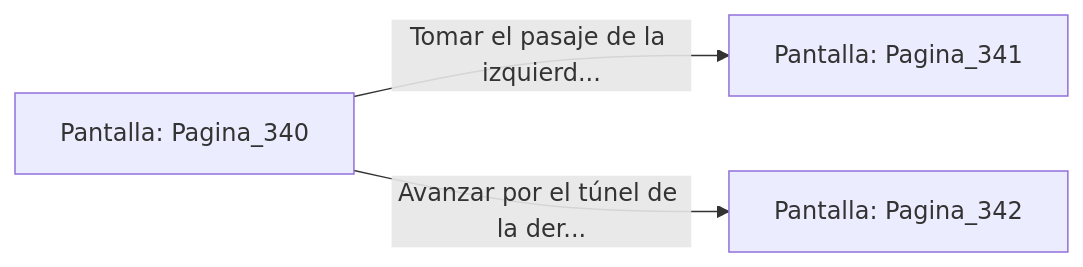
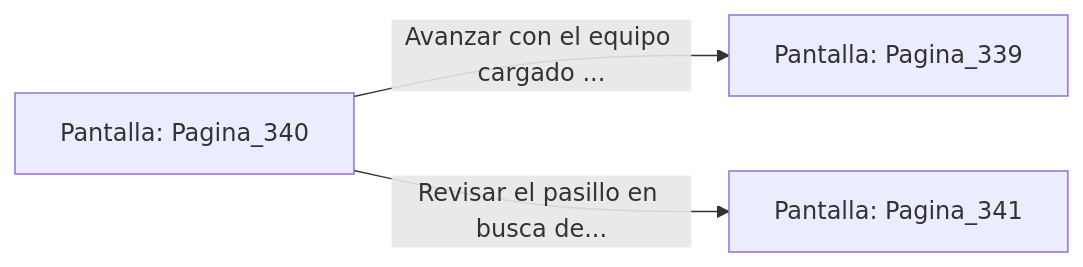
One commit to metsuke/mpl changed the diagram in sample/eligejuego-vault/Pantalla_Pagina_340.md. Above: the diagram before and after it, drawn with Mermaid. The commit also changed other lines of this file and 635 other files, not shown here.

First line of the commit message:
fix: añadir Pagina_1 como pantalla inicial en capitulo_01.mpl

````diff
--- a/sample/eligejuego-vault/Pantalla_Pagina_340.md
+++ b/sample/eligejuego-vault/Pantalla_Pagina_340.md
@@ -20,6 +22,6 @@
 ```mermaid
 graph LR
     P_Pagina_340["Pantalla: Pagina_340"]
-    P_Pagina_340 -->|"Tomar el pasaje de la izquierd..."| P_Pagina_341["Pantalla: Pagina_341"]
-    P_Pagina_340 -->|"Avanzar por el túnel de la der..."| P_Pagina_342["Pantalla: Pagina_342"]
+    P_Pagina_340 -->|"Avanzar con el equipo cargado ..."| P_Pagina_339["Pantalla: Pagina_339"]
+    P_Pagina_340 -->|"Revisar el pasillo en busca de..."| P_Pagina_341["Pantalla: Pagina_341"]
 ```
````
